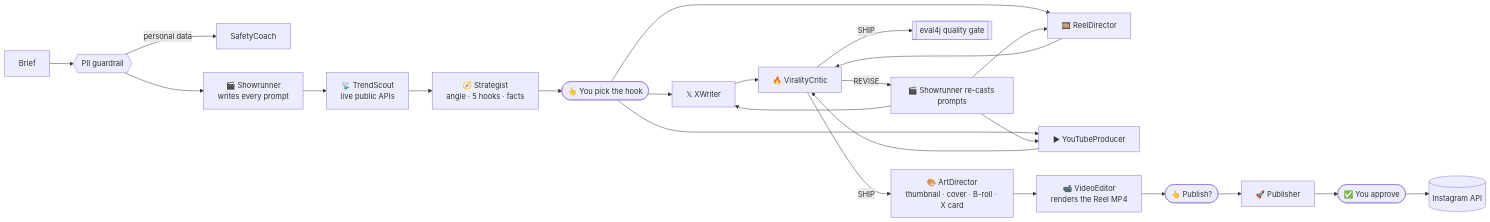
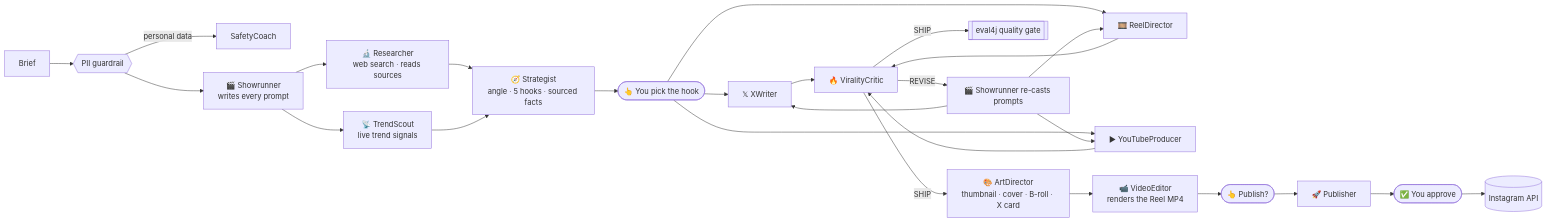
Before and after one commit to srijithunni7182/llm4j: the diagram in examples/getviral/README.md, drawn with Mermaid. The commit also changed other lines of this file and 23 other files, not shown here.

````diff
--- a/examples/getviral/README.md
+++ b/examples/getviral/README.md
@@ -62,15 +69,15 @@
 ```mermaid
 flowchart LR
     B[Brief] --> G{{PII guardrail}}
     G -- personal data --> S[SafetyCoach]
     G --> SR[🎬 Showrunner<br/>writes every prompt]
-    SR --> TS[📡 TrendScout<br/>live public APIs]
-    TS --> ST[🧭 Strategist<br/>angle · 5 hooks · facts]
+    SR --> RS[🔬 Researcher<br/>web search · reads sources] & TS[📡 TrendScout<br/>live trend signals]
+    RS & TS --> ST[🧭 Strategist<br/>angle · 5 hooks · sourced facts]
     ST --> H([👆 You pick the hook])
     H --> X[𝕏 XWriter] & R[🎞️ ReelDirector] & Y[▶ YouTubeProducer]
     X & R & Y --> C[🔥 ViralityCritic]
     C -- REVISE --> SR2[🎬 Showrunner re-casts prompts] --> X & R & Y
     C -- SHIP --> Q[[eval4j quality gate]]
     C -- SHIP --> AD[🎨 ArtDirector<br/>thumbnail · cover · B-roll · X card] --> VE[📹 VideoEditor<br/>renders the Reel MP4]
     VE --> P([👆 Publish?]) --> PB[🚀 Publisher] --> A([✅ You approve]) --> IG[(Instagram API)]
 ```
````
